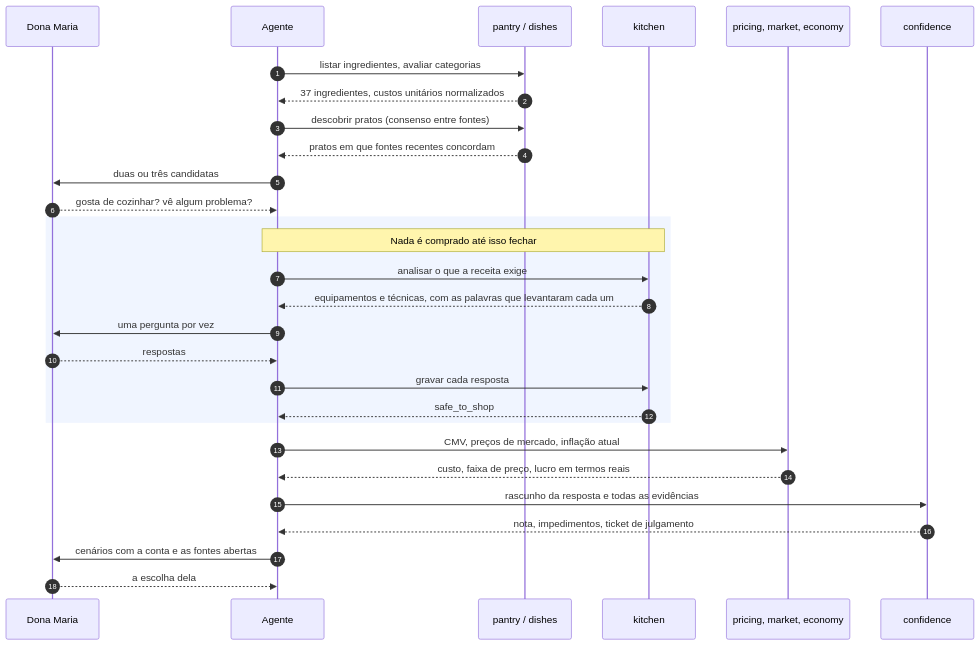
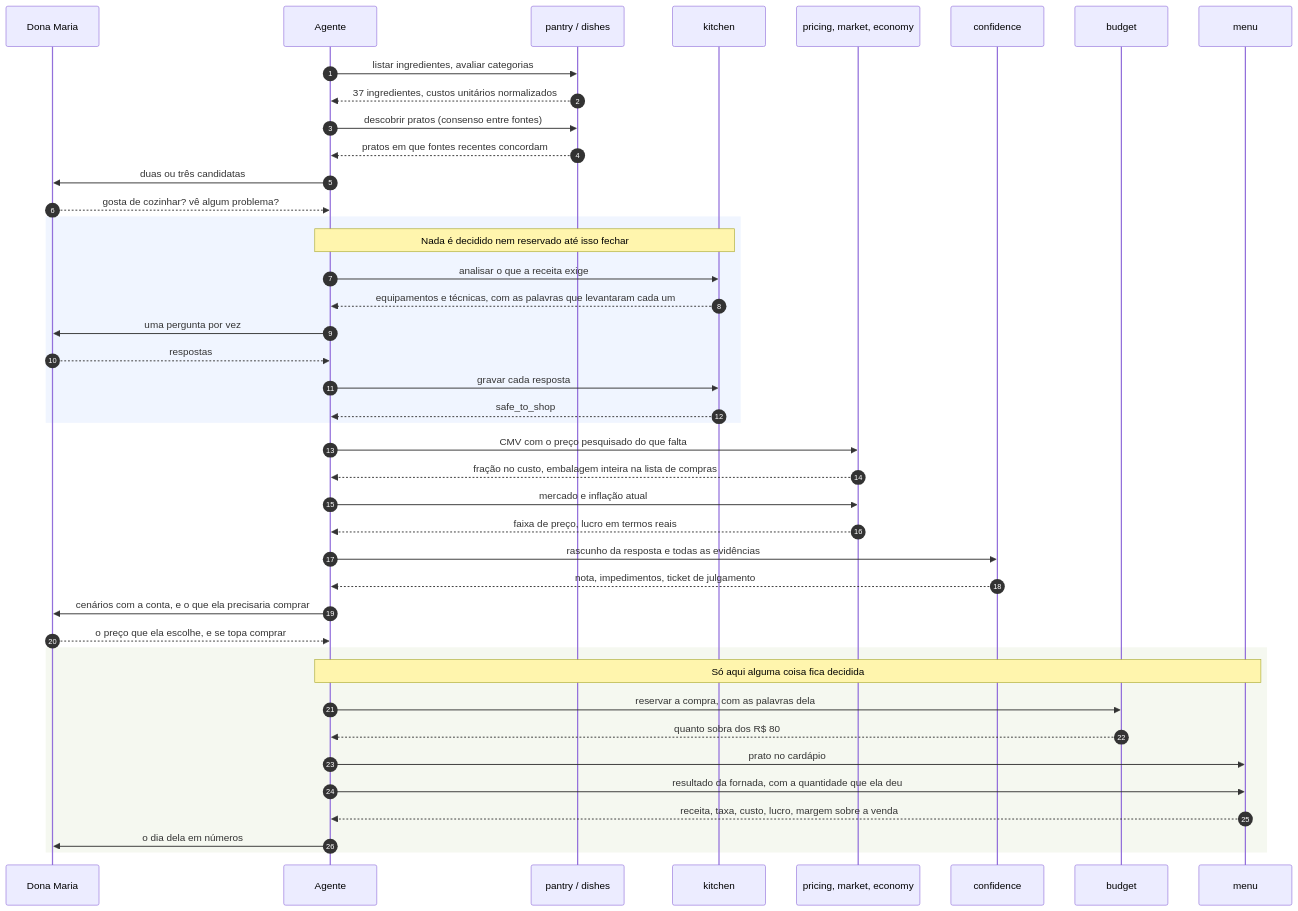
The fifth of 9 diagrams in README.md (lrdsouza/jacquinho), drawn with Mermaid before and after one commit. The commit also changed other lines of this file and 4 other files, not shown here.

````diff
--- a/README.md
+++ b/README.md
@@ -590,34 +591,48 @@
 ```mermaid
 sequenceDiagram
     autonumber
     participant M as Dona Maria
     participant A as Agente
     participant P as pantry / dishes
     participant K as kitchen
     participant PR as pricing, market, economy
     participant C as confidence
+    participant B as budget
+    participant MN as menu
 
     A->>P: listar ingredientes, avaliar categorias
     P-->>A: 37 ingredientes, custos unitários normalizados
     A->>P: descobrir pratos (consenso entre fontes)
     P-->>A: pratos em que fontes recentes concordam
     A->>M: duas ou três candidatas
     M-->>A: gosta de cozinhar? vê algum problema?
 
     rect rgb(240, 245, 255)
-    note over A,K: Nada é comprado até isso fechar
+    note over A,K: Nada é decidido nem reservado até isso fechar
     A->>K: analisar o que a receita exige
     K-->>A: equipamentos e técnicas, com as palavras que levantaram cada um
     A->>M: uma pergunta por vez
     M-->>A: respostas
     A->>K: gravar cada resposta
     K-->>A: safe_to_shop
     end
 
-    A->>PR: CMV, preços de mercado, inflação atual
-    PR-->>A: custo, faixa de preço, lucro em termos reais
+    A->>PR: CMV com o preço pesquisado do que falta
+    PR-->>A: fração no custo, embalagem inteira na lista de compras
+    A->>PR: mercado e inflação atual
+    PR-->>A: faixa de preço, lucro em termos reais
     A->>C: rascunho da resposta e todas as evidências
     C-->>A: nota, impedimentos, ticket de julgamento
-    A->>M: cenários com a conta e as fontes abertas
-    M-->>A: a escolha dela
+    A->>M: cenários com a conta, e o que ela precisaria comprar
+    M-->>A: o preço que ela escolhe, e se topa comprar
+
+    rect rgb(245, 248, 240)
+    note over A,MN: Só aqui alguma coisa fica decidida
+    A->>B: reservar a compra, com as palavras dela
+    B-->>A: quanto sobra dos R$ 80
+    A->>MN: prato no cardápio
+    A->>MN: resultado da fornada, com a quantidade que ela deu
+    MN-->>A: receita, taxa, custo, lucro, margem sobre a venda
+    A->>M: o dia dela em números
+    end
 ```
````
